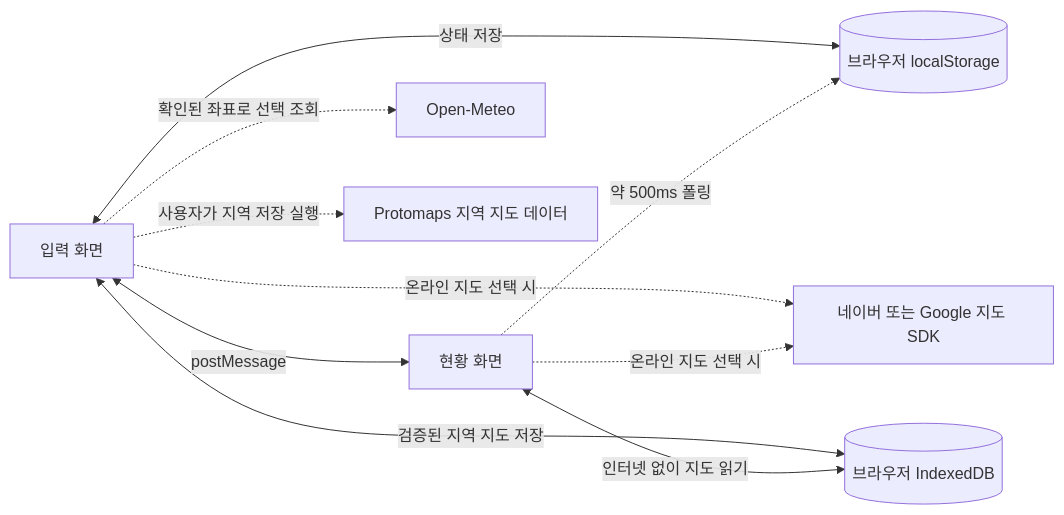
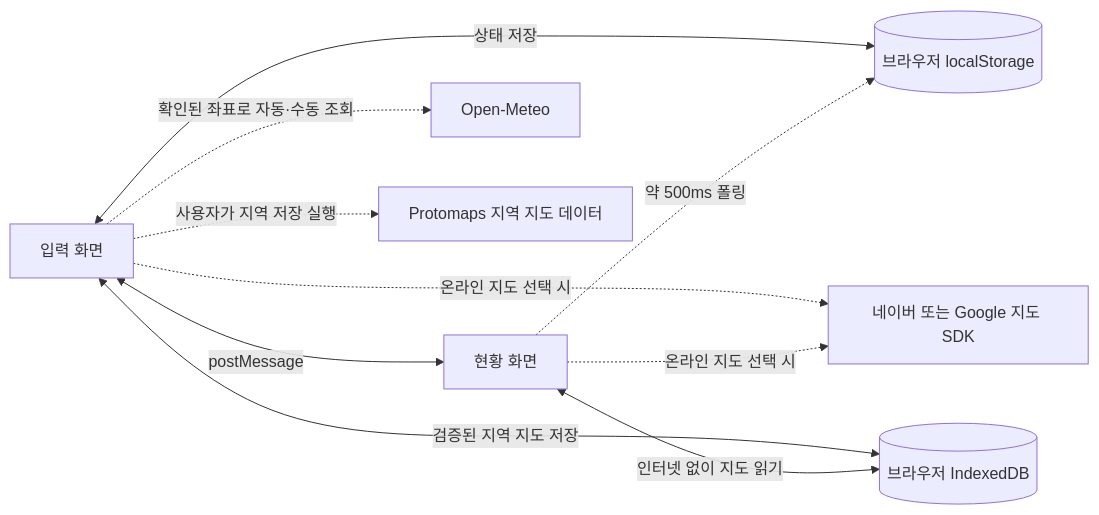
Before and after one commit to MuyeongKim/stayup-dash: the diagram in README.md, drawn with Mermaid. The commit also changed other lines of this file and 9 other files, not shown here.

````diff
--- a/README.md
+++ b/README.md
@@ -71,12 +71,12 @@
 ```mermaid
 flowchart LR
     OP[입력 화면] <-->|postMessage| DS[현황 화면]
     OP <-->|상태 저장| LS[(브라우저 localStorage)]
     DS -. 약 500ms 폴링 .-> LS
-    OP -. 확인된 좌표로 선택 조회 .-> WX[Open-Meteo]
+    OP -. 확인된 좌표로 자동·수동 조회 .-> WX[Open-Meteo]
     OP -. 온라인 지도 선택 시 .-> MAP[네이버 또는 Google 지도 SDK]
     DS -. 온라인 지도 선택 시 .-> MAP
     OP -. 사용자가 지역 저장 실행 .-> PM[Protomaps 지역 지도 데이터]
     OP <-->|검증된 지역 지도 저장| IDB[(브라우저 IndexedDB)]
     DS <-->|인터넷 없이 지도 읽기| IDB
 ```
````
